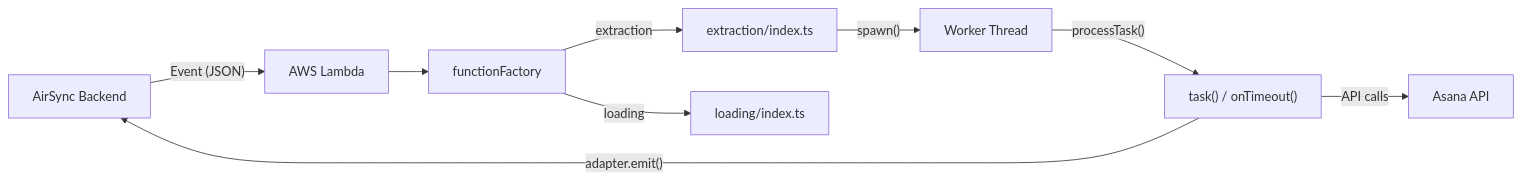
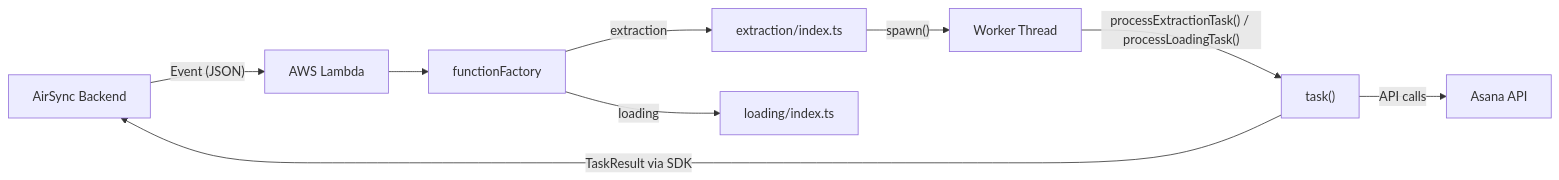
One commit to devrev/airdrop-asana-snap-in changed the diagram in AGENTS.md. Above: the diagram before and after it, drawn with Mermaid. The commit also changed other lines of this file and 31 other files, not shown here.

Commit message:
chore: migrate Asana connector to AirSync SDK v2

````diff
--- a/AGENTS.md
+++ b/AGENTS.md
@@ -56,11 +56,11 @@
 ```mermaid
 flowchart LR
     AirSync["AirSync Backend"] -->|"Event (JSON)"| Lambda["AWS Lambda"]
     Lambda --> FF["functionFactory"]
     FF -->|"extraction"| ExtRun["extraction/index.ts"]
     FF -->|"loading"| LoadRun["loading/index.ts"]
     ExtRun -->|"spawn()"| Worker["Worker Thread"]
-    Worker -->|"processTask()"| Task["task() / onTimeout()"]
+    Worker -->|"processExtractionTask() / processLoadingTask()"| Task["task()"]
     Task -->|"API calls"| Asana["Asana API"]
-    Task -->|"adapter.emit()"| AirSync
+    Task -->|"TaskResult via SDK"| AirSync
 ```
````
